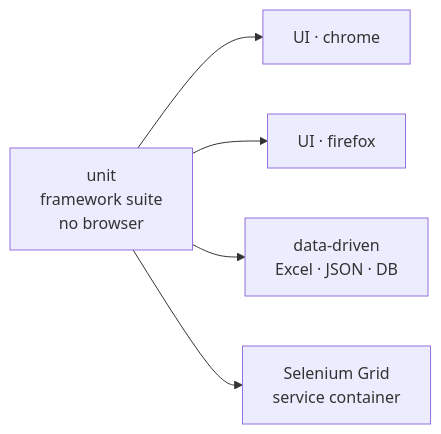
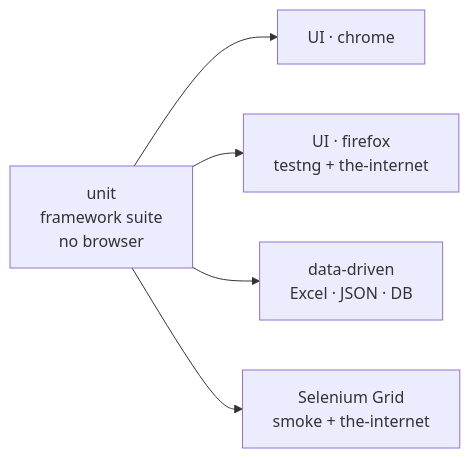
Before and after one commit to Albatros46/Web-Testing-Framework-v1: the second of 2 diagrams in README.md, drawn with Mermaid. The commit also changed other lines of this file and 23 other files, not shown here.

First line of the commit message:
feat: second application the-internet (16 hard scenarios), closes roadmap week 11

````diff
--- a/README.md
+++ b/README.md
@@ -113,7 +116,7 @@
 ```mermaid
 flowchart LR
     U["unit<br/>framework suite<br/>no browser"] --> C["UI · chrome"]
-    U --> F["UI · firefox"]
+    U --> F["UI · firefox<br/>testng + the-internet"]
     U --> DD["data-driven<br/>Excel · JSON · DB"]
-    U --> GR["Selenium Grid<br/>service container"]
+    U --> GR["Selenium Grid<br/>smoke + the-internet"]
 ```
````
